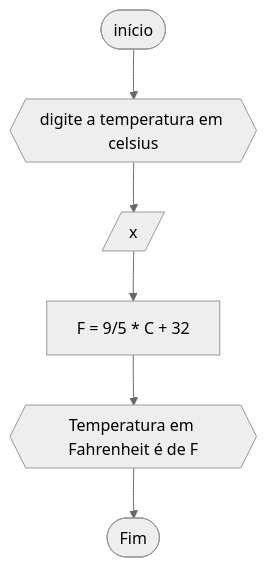
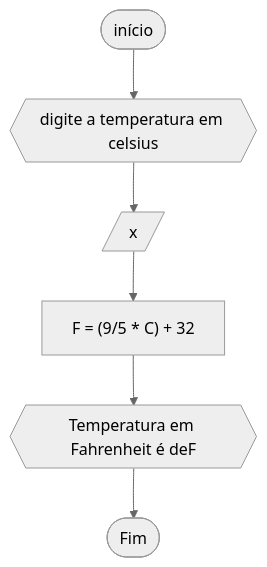
Before and after one commit to yeesusu/UNIFOR: the diagram in RLA/RLA2/lista_exercício2.2.md, drawn with Mermaid (neutral theme). The commit also changed other lines of this file, not shown here.

````diff
--- a/RLA/RLA2/lista_exercício2.2.md
+++ b/RLA/RLA2/lista_exercício2.2.md
@@ -5,9 +5,9 @@
 ```mermaid
 flowchart TD
 A([início ])-->B{{digite a temperatura em celsius}}
 B-->C[/x/]
-C-->D[F = 9/5 * C + 32]
-D-->E{{"Temperatura em Fahrenheit é de F"}}
+C-->D["F = (9/5 * C) + 32"]
+D-->E{{"Temperatura em Fahrenheit é de"F}}
 E-->Z([Fim])
 
 ```
````
